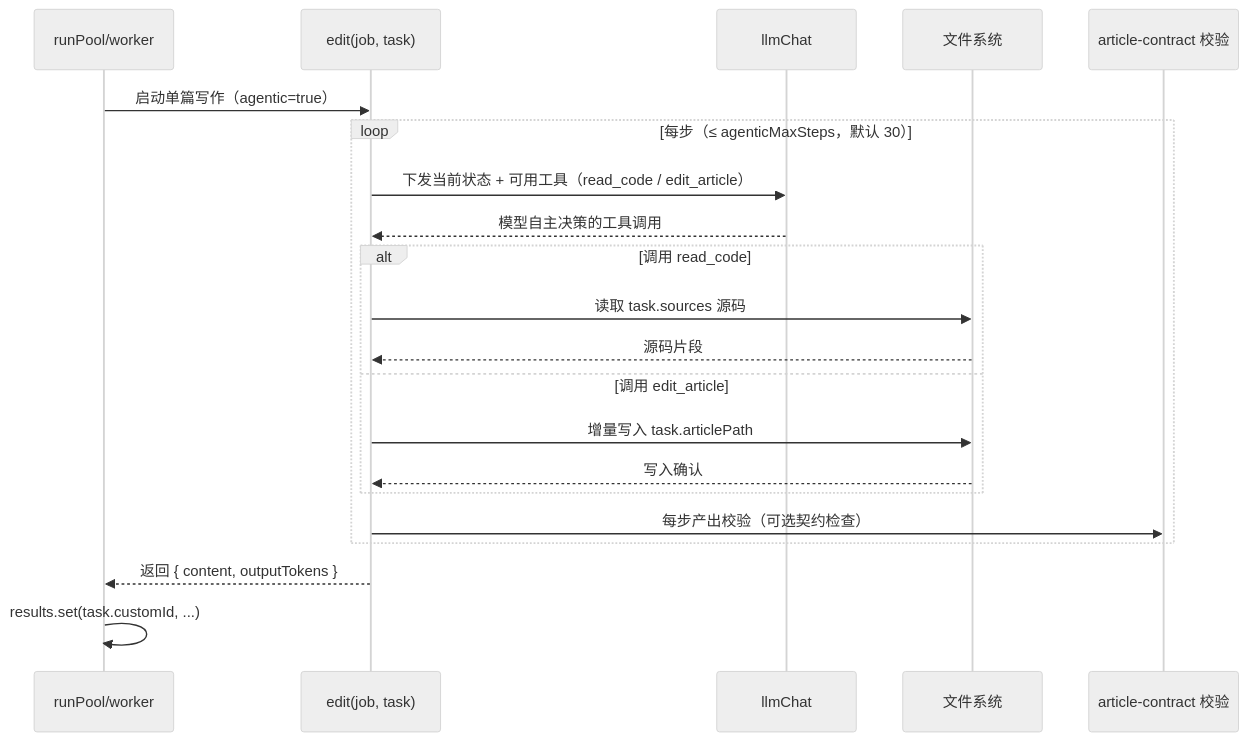
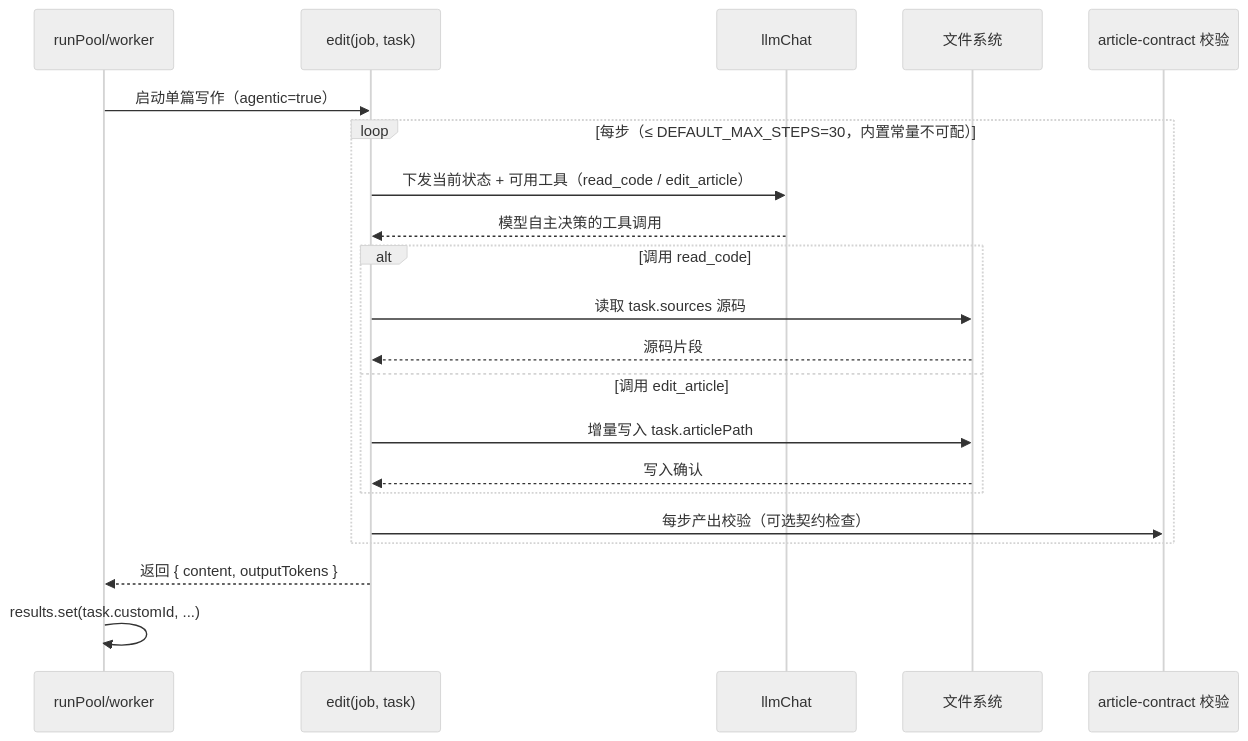
Before and after one commit to ikliml666/dsh-codewiki: the third of 4 diagrams in .codewiki/_native-state/docs/agentic_support/agentic_support_tooling.md, drawn with Mermaid (neutral theme). The commit also changed other lines of this file and 17 other files, not shown here.

````diff
--- a/.codewiki/_native-state/docs/agentic_support/agentic_support_tooling.md
+++ b/.codewiki/_native-state/docs/agentic_support/agentic_support_tooling.md
@@ -100,24 +100,24 @@
 ```mermaid
 sequenceDiagram
     participant Pool as runPool/worker
     participant Edit as edit(job, task)
     participant LLM as llmChat
     participant FS as 文件系统
     participant Gate as article-contract 校验
 
     Pool->>Edit: 启动单篇写作（agentic=true）
-    loop 每步（≤ agenticMaxSteps，默认 30）
+    loop 每步（≤ DEFAULT_MAX_STEPS=30，内置常量不可配）
         Edit->>LLM: 下发当前状态 + 可用工具（read_code / edit_article）
         LLM-->>Edit: 模型自主决策的工具调用
         alt 调用 read_code
             Edit->>FS: 读取 task.sources 源码
             FS-->>Edit: 源码片段
         else 调用 edit_article
             Edit->>FS: 增量写入 task.articlePath
             FS-->>Edit: 写入确认
         end
         Edit->>Gate: 每步产出校验（可选契约检查）
     end
     Edit-->>Pool: 返回 { content, outputTokens }
     Pool->>Pool: results.set(task.customId, ...)
 ```
````
